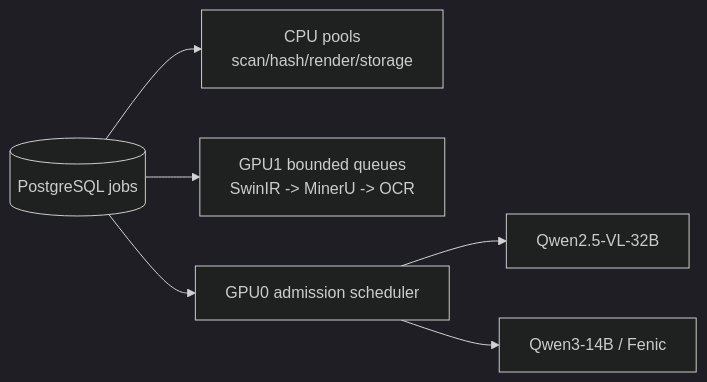
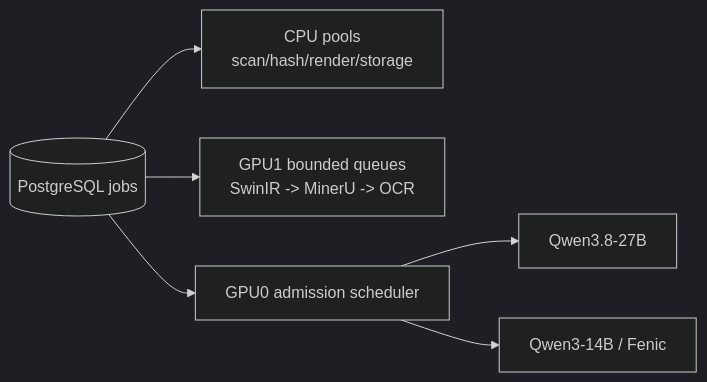
Before and after one commit to Zhilg/NEI: the second of 2 diagrams in docs/architecture.md, drawn with Mermaid (dark theme). The commit also changed other lines of this file and 11 other files, not shown here.

````diff
--- a/docs/architecture.md
+++ b/docs/architecture.md
@@ -106,8 +106,8 @@
 ```mermaid
 flowchart LR
     J[("PostgreSQL jobs")] --> CPU["CPU pools\nscan/hash/render/storage"]
     J --> G1["GPU1 bounded queues\nSwinIR -> MinerU -> OCR"]
     J --> A["GPU0 admission scheduler"]
-    A --> QV["Qwen2.5-VL-32B"]
+    A --> QV["Qwen3.8-27B"]
     A --> Q3["Qwen3-14B / Fenic"]
 ```
````
